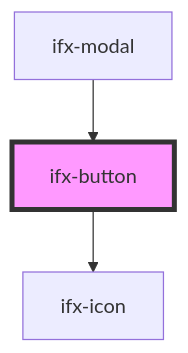
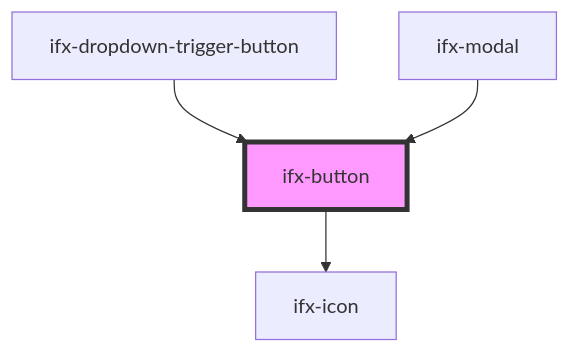
The diagram in packages/components/src/components/button/readme.md (Infineon/infineon-design-system-stencil), drawn with Mermaid before and after one commit. The commit also changed other lines of this file and 34 other files, not shown here.

````diff
--- a/packages/components/src/components/button/readme.md
+++ b/packages/components/src/components/button/readme.md
@@ -47,6 +48,7 @@
 ```mermaid
 graph TD;
   ifx-button --> ifx-icon
+  ifx-dropdown-trigger-button --> ifx-button
   ifx-modal --> ifx-button
   style ifx-button fill:#f9f,stroke:#333,stroke-width:4px
 ```
````
